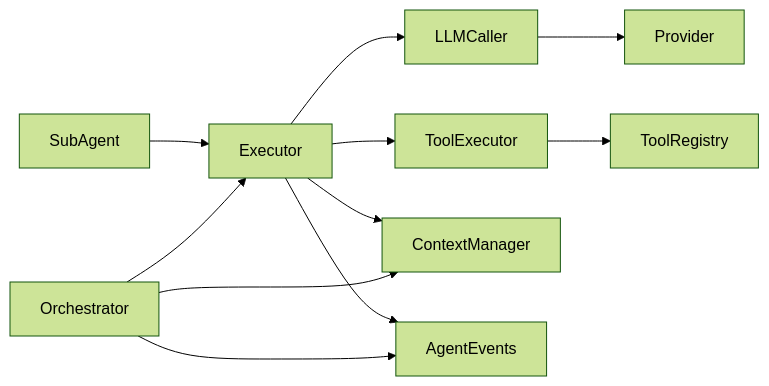
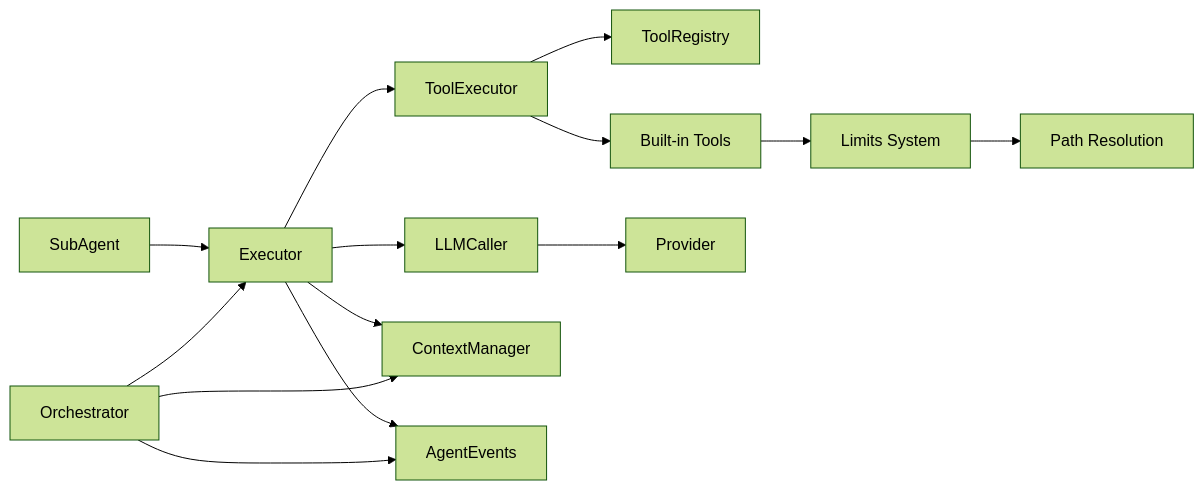
One commit to v0lka/c0wrk changed the tenth of 10 diagrams in .qoder/repowiki/en/content/Core AI Engine/Agent Executor.md. Above: the diagram before and after it, drawn with Mermaid (forest theme). The commit also changed other lines of this file and 8 other files, not shown here.

````diff
--- a/.qoder/repowiki/en/content/Core AI Engine/Agent Executor.md
+++ b/.qoder/repowiki/en/content/Core AI Engine/Agent Executor.md
@@ -382,13 +563,16 @@
 ```mermaid
 graph LR
 EX["Executor"] --> LLM["LLMCaller"]
 EX --> TOOLS["ToolExecutor"]
 EX --> CM["ContextManager"]
 EX --> EVT["AgentEvents"]
 SA["SubAgent"] --> EX
 ORCH["Orchestrator"] --> EX
 ORCH --> CM
 ORCH --> EVT
 TOOLS --> REG["ToolRegistry"]
+TOOLS --> BT["Built-in Tools"]
+BT --> LIMITS["Limits System"]
+LIMITS --> PATHS["Path Resolution"]
 LLM --> PRV["Provider"]
 ```
````
